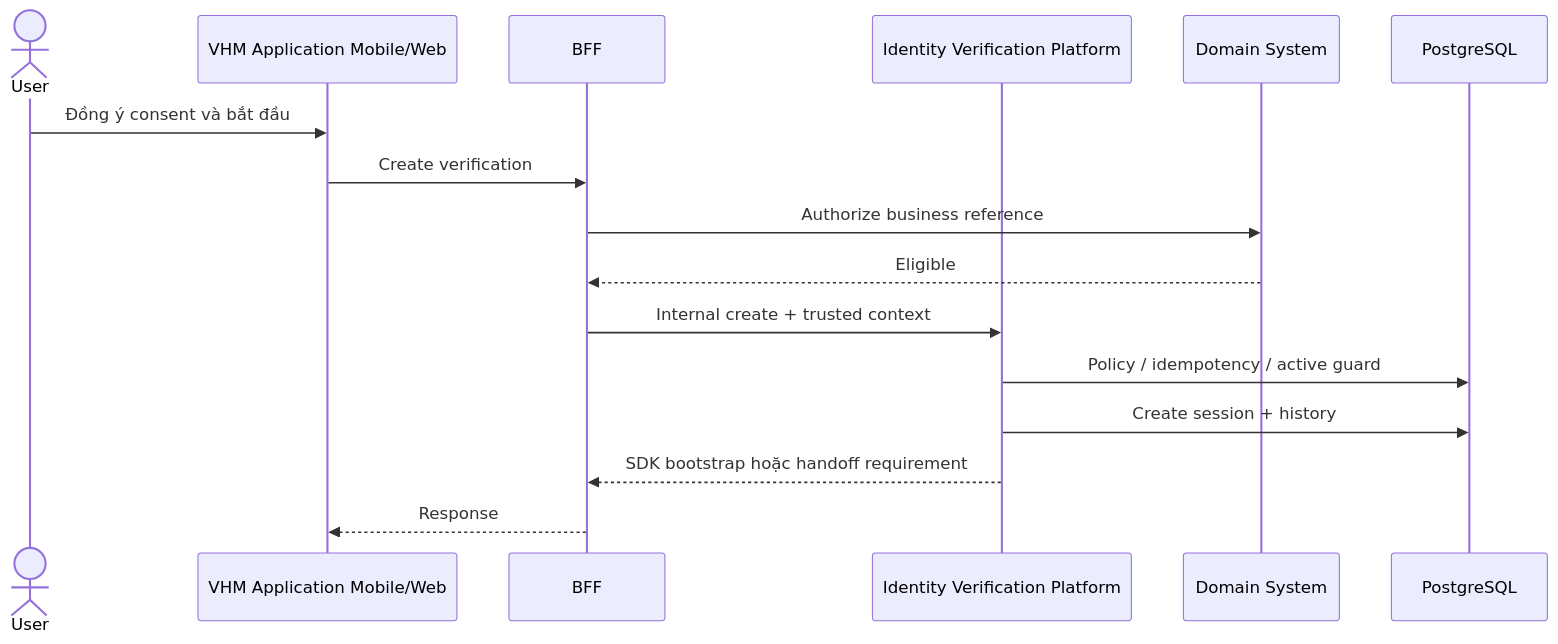
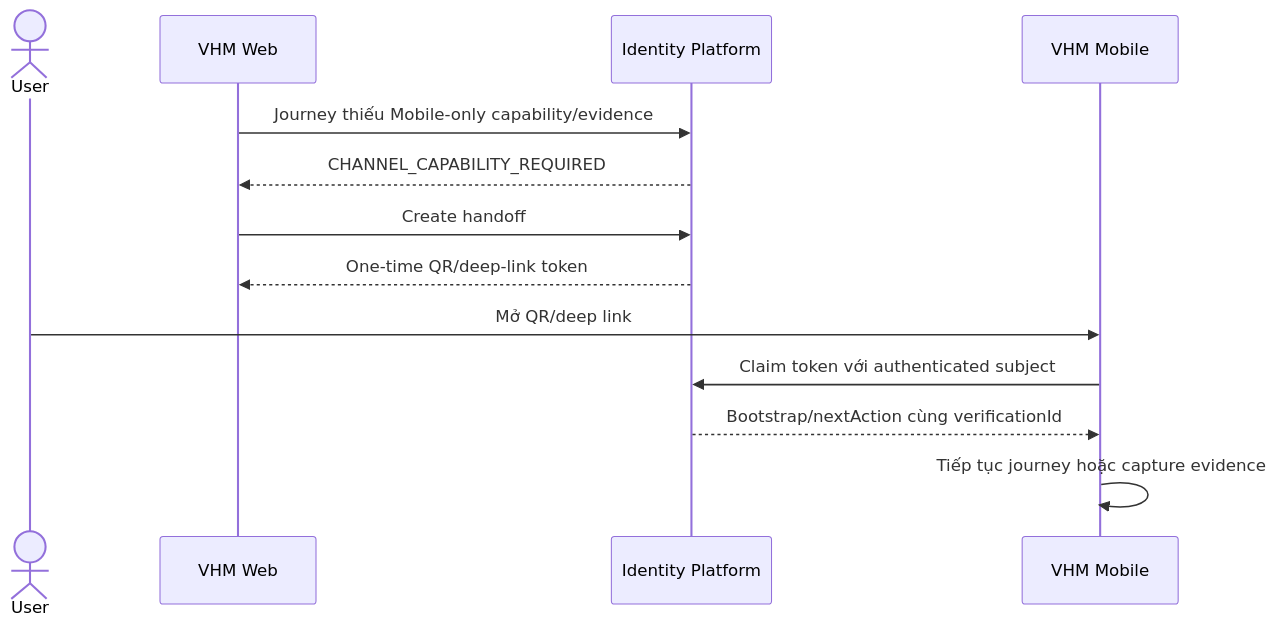
The fourth of 6 diagrams in tdd2.md (huynv-xyz/vhm), drawn with Mermaid before and after one commit. The commit also changed other lines of this file, not shown here.

````diff
--- a/tdd2.md
+++ b/tdd2.md
@@ -2016,18 +209,15 @@
 ```mermaid
 sequenceDiagram
     actor User
-    participant APP as VHM Application Mobile/Web
-    participant BFF
-    participant IV as Identity Verification Platform
-    participant DOMAIN as Domain System
-    participant PG as PostgreSQL
-    User->>APP: Đồng ý consent và bắt đầu
-    APP->>BFF: Create verification
-    BFF->>DOMAIN: Authorize business reference
-    DOMAIN-->>BFF: Eligible
-    BFF->>IV: Internal create + trusted context
-    IV->>PG: Policy / idempotency / active guard
-    IV->>PG: Create session + history
-    IV-->>BFF: SDK bootstrap hoặc handoff requirement
-    BFF-->>APP: Response
+    participant WEB as VHM Web
+    participant IV as Identity Platform
+    participant MOBILE as VHM Mobile
+    WEB->>IV: Journey thiếu Mobile-only capability/evidence
+    IV-->>WEB: CHANNEL_CAPABILITY_REQUIRED
+    WEB->>IV: Create handoff
+    IV-->>WEB: One-time QR/deep-link token
+    User->>MOBILE: Mở QR/deep link
+    MOBILE->>IV: Claim token với authenticated subject
+    IV-->>MOBILE: Bootstrap/nextAction cùng verificationId
+    MOBILE->>MOBILE: Tiếp tục journey hoặc capture evidence
 ```
````
